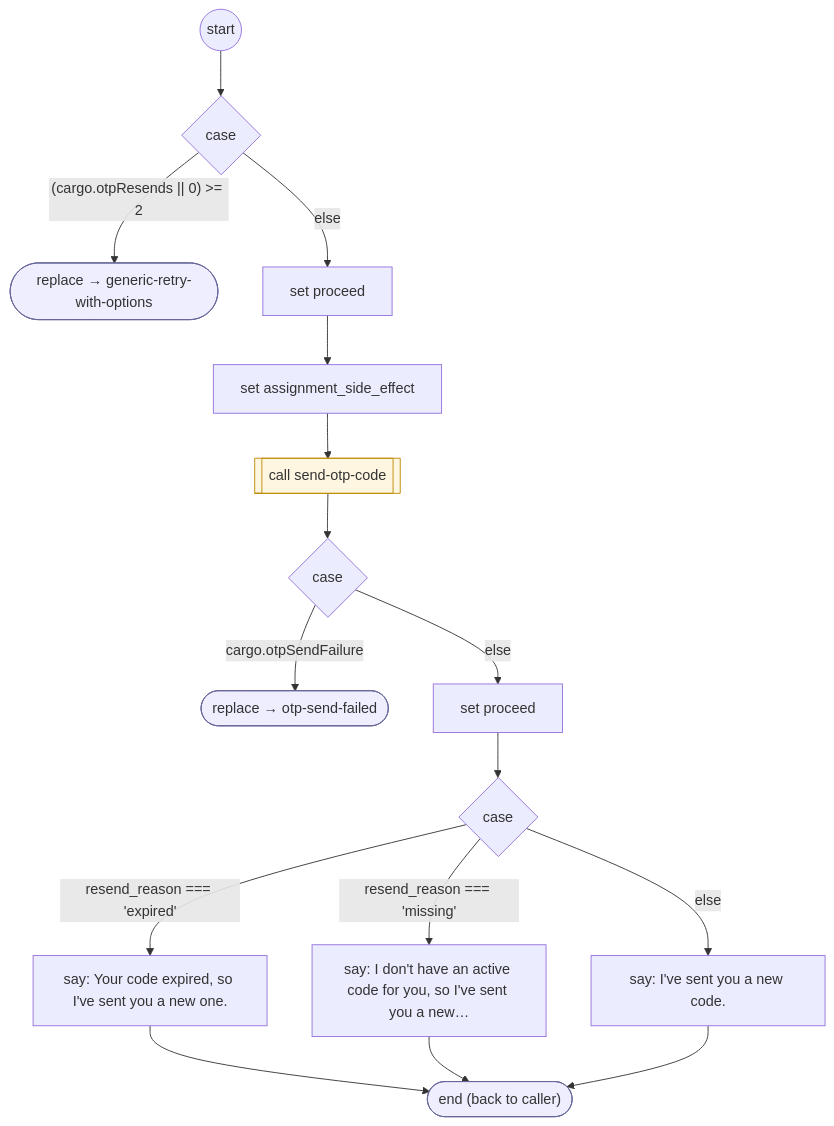
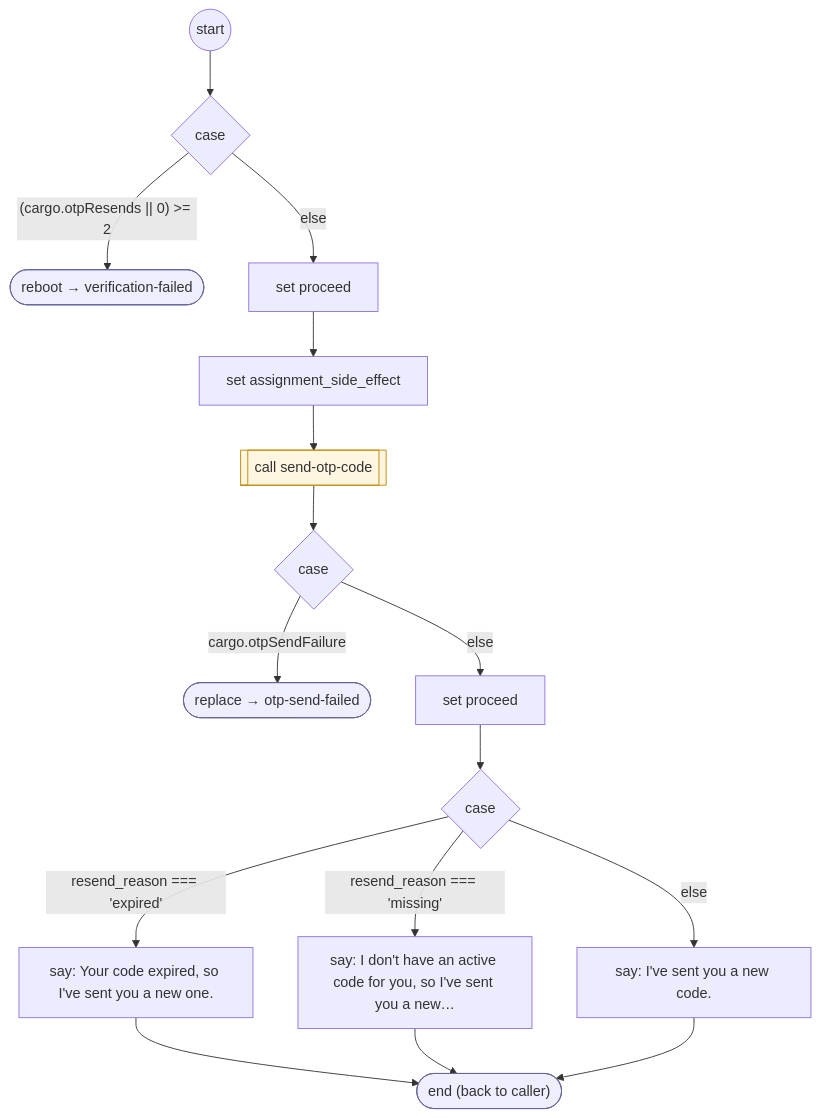
One commit to ronpinkas/jsfe changed the diagram in docs/flows/system/resend-otp-code.md. Above: the diagram before and after it, drawn with Mermaid. The commit also changed other lines of this file and 5 other files, not shown here.

First line of the commit message:
jsfe: docs/flows/system regenerated for 1.18.0's verification-failed and the identity flows it changed (flow-docs-current was failing).

````diff
--- a/docs/flows/system/resend-otp-code.md
+++ b/docs/flows/system/resend-otp-code.md
@@ -16,40 +16,40 @@
 ```mermaid
 flowchart TD
    START(("start"))
    c0{"case"}
    START --> c0
-   b1(["replace → generic-retry-with-options"])
+   b1(["reboot → verification-failed"])
    class b1 endstep
    c0 -- "(cargo.otpResends #124;#124; 0) #gt;= 2" --> b1
    b2["set proceed"]
    c0 -- "else" --> b2
    n3["set assignment_side_effect"]
    b2 --> n3
    n4[["call send-otp-code"]]
    class n4 flowstep
    n3 --> n4
    c5{"case"}
    n4 --> c5
    b6(["replace → otp-send-failed"])
    class b6 endstep
    c5 -- "cargo.otpSendFailure" --> b6
    b7["set proceed"]
    c5 -- "else" --> b7
    c8{"case"}
    b7 --> c8
    b9["say: Your code expired, so I've sent you a new one."]
    c8 -- "resend_reason === 'expired'" --> b9
    b10["say: I don't have an active code for you, so I've sent you a new…"]
    c8 -- "resend_reason === 'missing'" --> b10
    b11["say: I've sent you a new code."]
    c8 -- "else" --> b11
    DONE(["end (back to caller)"])
    class DONE endstep
    b9 --> DONE
    b10 --> DONE
    b11 --> DONE
    classDef endstep fill:#eef,stroke:#669
    classDef toolstep fill:#efe,stroke:#696
    classDef flowstep fill:#fef6e0,stroke:#b80
    classDef inputstep fill:#f3eefc,stroke:#75a
 ```
````
